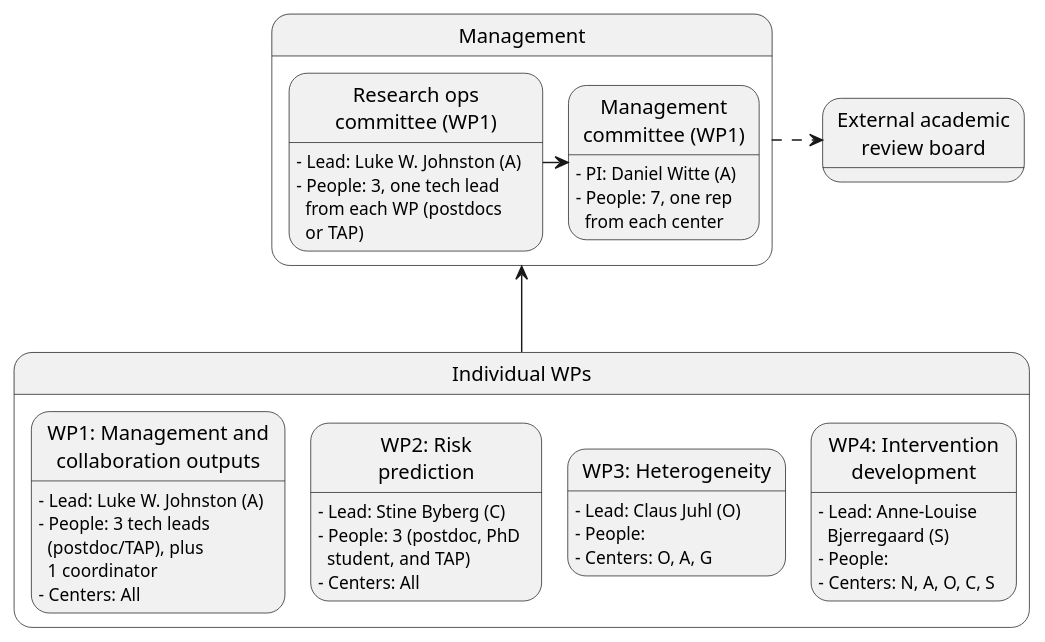
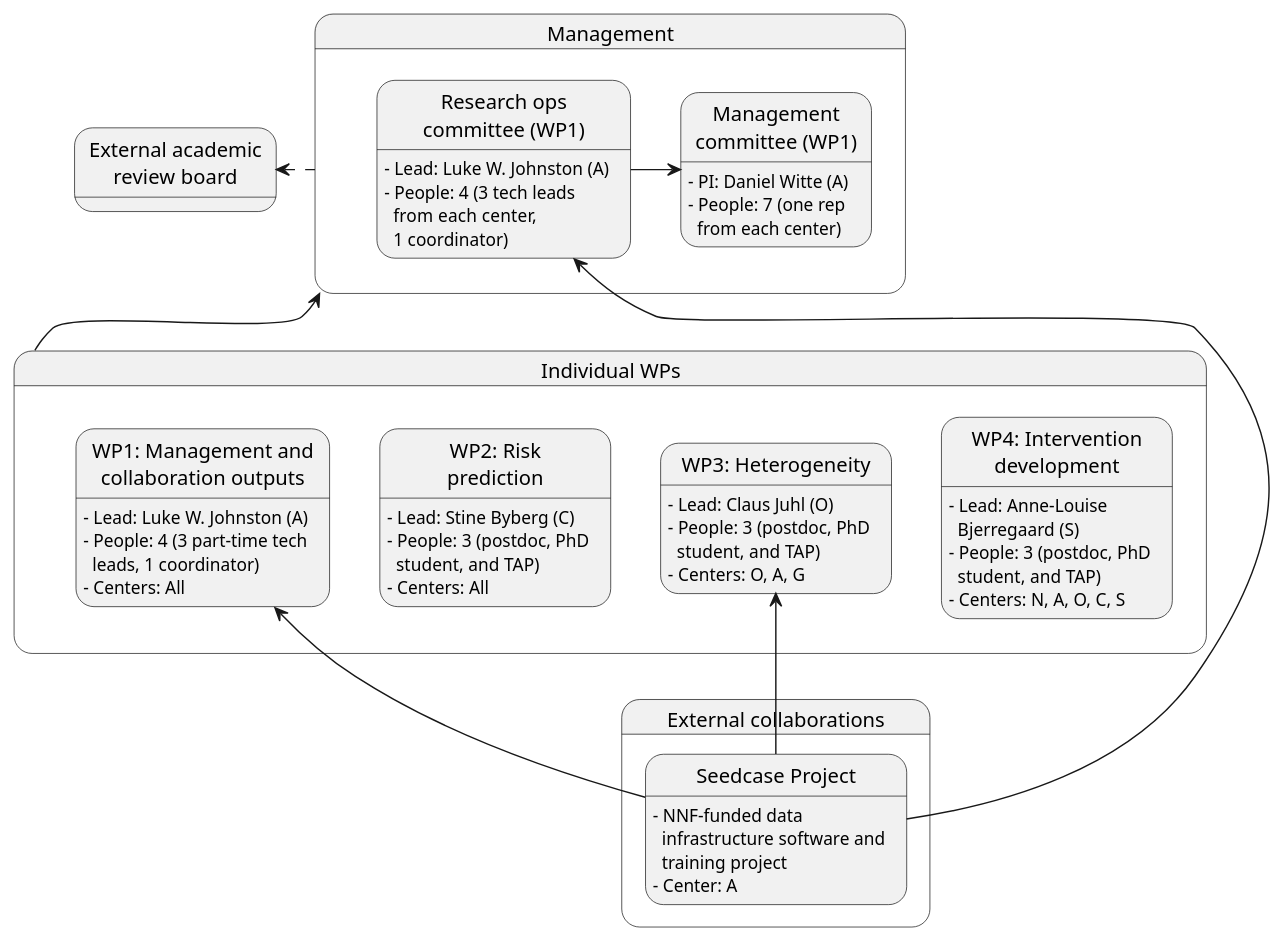
One commit to steno-aarhus/dp-next changed the diagram in wp1/images/organization.puml. Above: the diagram before and after it, drawn with PlantUML.

Commit message:
docs(figures): :memo: update organization figure, closer to being finished

```diff
--- a/wp1/images/organization.puml
+++ b/wp1/images/organization.puml
@@ -1,42 +1,56 @@
-@startuml
+@startuml organization
 
 state "External academic\nreview board" as external
 
 state "Management" as mgt {
     state "Management\ncommittee (WP1)" as mc
     mc: - PI: Daniel Witte (A)
-    mc: - People: 7, one rep\n  from each center
+    mc: - People: 7 (one rep\n  from each center)
 
     state "Research ops\ncommittee (WP1)" as roc
     roc : - Lead: Luke W. Johnston (A)
-    roc : - People: 3, one tech lead\n  from each WP (postdocs\n  or TAP)
+    roc : - People: 4 (3 tech leads\n  from each center,\n  1 coordinator)
 }
 
 state "Individual WPs" as wps {
     state "WP1: Management and\ncollaboration outputs" as wp1
     wp1 : - Lead: Luke W. Johnston (A)
-    wp1 : - People: 3 tech leads\n  (postdoc/TAP), plus\n  1 coordinator
+    wp1 : - People: 4 (3 part-time tech\n  leads, 1 coordinator)
     wp1 : - Centers: All
 
     state "WP2: Risk\nprediction" as wp2
     wp2 : - Lead: Stine Byberg (C)
     wp2 : - People: 3 (postdoc, PhD\n  student, and TAP)
     wp2 : - Centers: All
 
     state "WP3: Heterogeneity" as wp3
     wp3 : - Lead: Claus Juhl (O)
-    wp3 : - People: 
+    wp3 : - People: 3 (postdoc, PhD\n  student, and TAP)
     wp3 : - Centers: O, A, G
 
     state "WP4: Intervention\ndevelopment" as wp4
     wp4 : - Lead: Anne-Louise\n  Bjerregaard (S)
-    wp4 : - People: 
+    wp4 : - People: 3 (postdoc, PhD\n  student, and TAP)
     wp4 : - Centers: N, A, O, C, S
 }
 
-mgt -[dashed]> external
+state "External collaborations" as collabs {
+  state "Seedcase Project" as seedcase
+  seedcase : - NNF-funded data\n  infrastructure software and\n  training project
+  seedcase : - Center: A
+}
+
+
+mgt -left[dashed]> external
 roc -> mc
 
+wp1 -[hidden]> wp2
+wp2 -[hidden]> wp3
+wp3 -[hidden]> wp4
+
 wps -up-> mgt
+seedcase -up-> roc
+seedcase -up-> wp1
+seedcase -up-> wp3
 
 @enduml
```
